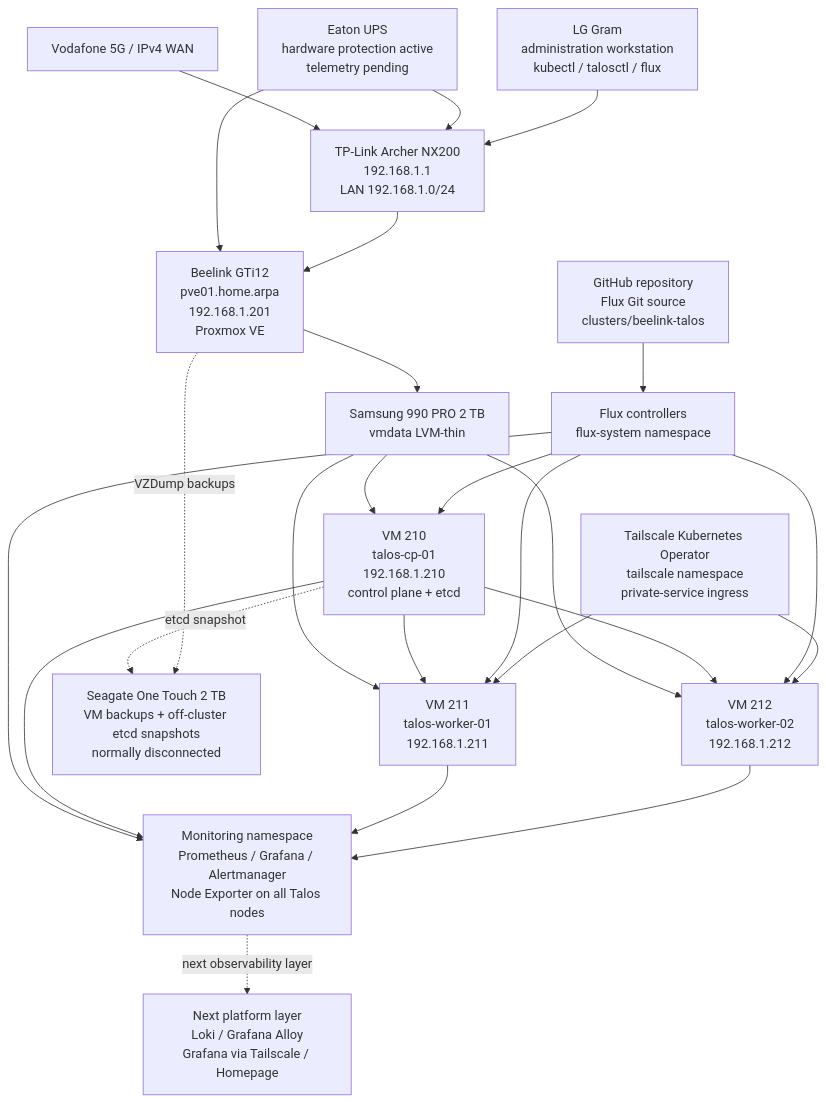
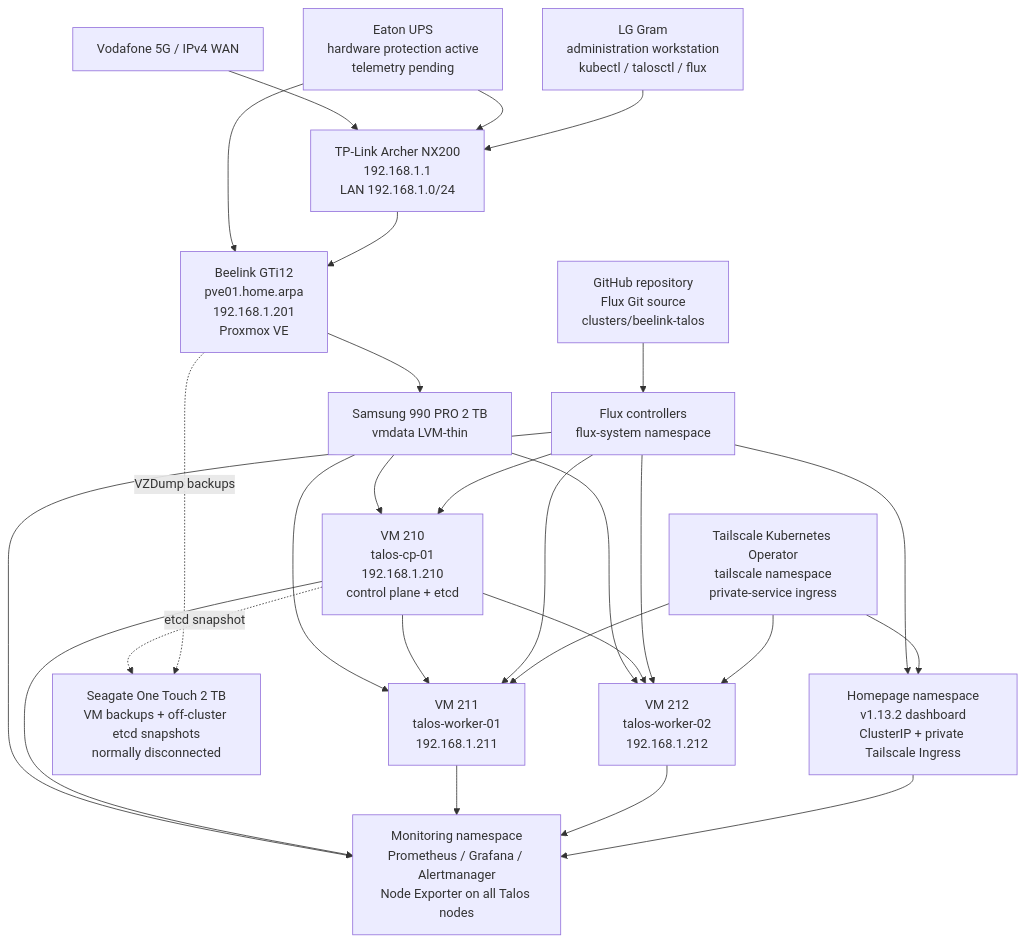
The diagram in README.md (dgsuma/dgs-private-cloud), drawn with Mermaid before and after one commit. The commit also changed other lines of this file and 7 other files, not shown here.

Commit message:
docs(homepage): record private deployment and crashloop recovery

````diff
--- a/README.md
+++ b/README.md
@@ -106,43 +113,45 @@
 ```mermaid
 flowchart TB
     Internet["Vodafone 5G / IPv4 WAN"]
     UPS["Eaton UPS<br/>hardware protection active<br/>telemetry pending"]
     Router["TP-Link Archer NX200<br/>192.168.1.1<br/>LAN 192.168.1.0/24"]
     Admin["LG Gram<br/>administration workstation<br/>kubectl / talosctl / flux"]
     PVE["Beelink GTi12<br/>pve01.home.arpa<br/>192.168.1.201<br/>Proxmox VE"]
     Storage["Samsung 990 PRO 2 TB<br/>vmdata LVM-thin"]
     CP["VM 210<br/>talos-cp-01<br/>192.168.1.210<br/>control plane + etcd"]
     W1["VM 211<br/>talos-worker-01<br/>192.168.1.211"]
     W2["VM 212<br/>talos-worker-02<br/>192.168.1.212"]
     Git["GitHub repository<br/>Flux Git source<br/>clusters/beelink-talos"]
     Flux["Flux controllers<br/>flux-system namespace"]
     TS["Tailscale Kubernetes Operator<br/>tailscale namespace<br/>private-service ingress"]
     Backup["Seagate One Touch 2 TB<br/>VM backups + off-cluster etcd snapshots<br/>normally disconnected"]
     Mon["Monitoring namespace<br/>Prometheus / Grafana / Alertmanager<br/>Node Exporter on all Talos nodes"]
-    Next["Next platform layer<br/>Loki / Grafana Alloy<br/>Grafana via Tailscale / Homepage"]
+    Home["Homepage namespace<br/>v1.13.2 dashboard<br/>ClusterIP + private Tailscale Ingress"]
 
     Internet --> Router
     UPS --> Router
     UPS --> PVE
     Admin --> Router
     Router --> PVE
     PVE --> Storage
     Storage --> CP
     Storage --> W1
     Storage --> W2
     CP --> W1
     CP --> W2
     Git --> Flux
     Flux --> CP
     Flux --> W1
     Flux --> W2
     Flux --> Mon
     CP --> Mon
     W1 --> Mon
     W2 --> Mon
-    Mon -. next observability layer .-> Next
+    Flux --> Home
+    TS --> Home
+    Home --> Mon
     TS --> W1
     TS --> W2
     CP -. etcd snapshot .-> Backup
     PVE -. VZDump backups .-> Backup
 ```
````
